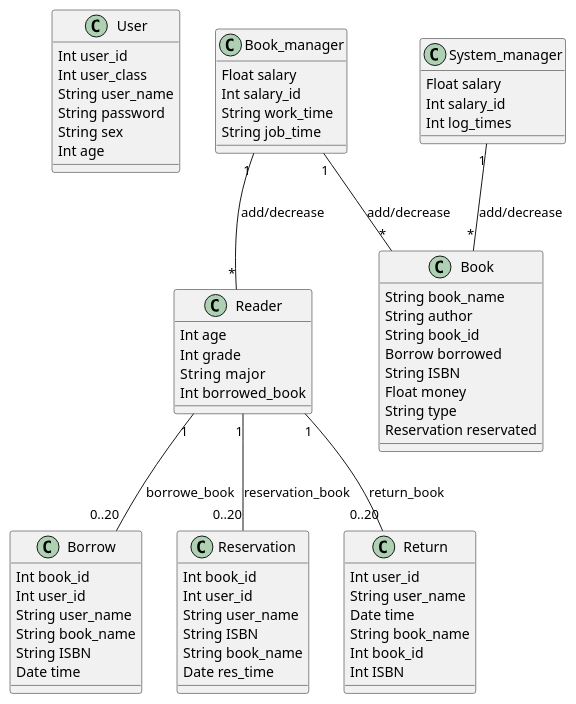
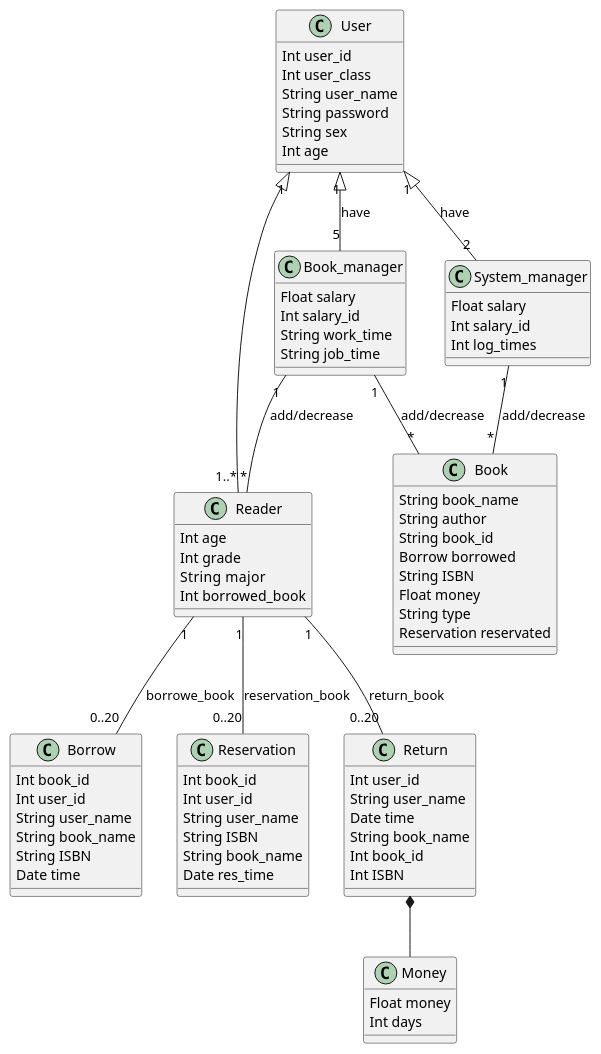
One commit to Eternity-hj/is_analysis changed the first of 10 diagrams in test3/README.md. Above: the diagram before and after it, drawn with PlantUML. The commit also changed other lines of this file and 3 other files, not shown here.

Commit message:
实验3：图书管理系统领域对象建模

```diff
--- a/test3/README.md
+++ b/test3/README.md
@@ -7,68 +7,76 @@
 @startuml
 class User {
     Int user_id
     Int user_class
     String user_name
     String password
     String sex
     Int age
 }
 class Reader{
     Int age
     Int grade
     String  major
     Int borrowed_book
 }
 class Book_manager{
     Float salary
     Int salary_id
     String work_time
     String job_time
 }
 class System_manager{
     Float salary
     Int salary_id
     Int log_times
 }
 
 class Book {
     String book_name
     String author
     String book_id
     Borrow borrowed
     String ISBN
     Float money
     String type
     Reservation reservated
 }
 class Borrow{
     Int book_id
     Int user_id
     String user_name
     String book_name
     String ISBN
     Date time
 }
 class Reservation{
     Int book_id
     Int user_id
     String user_name
     String ISBN
     String book_name
     Date res_time
 }
 class Return{
     Int user_id
     String user_name
     Date time
     String book_name
     Int book_id
     Int ISBN
 }
+class Money{
+    Float money
+    Int days
+}
+User "1" <|-- "1..*" Reader
+User "1" <|-- "5" Book_manager:have
+User "1" <|-- "2" System_manager:have
 Reader "1" -- "0..20" Borrow:borrowe_book
 Reader "1" -- "0..20" Reservation:reservation_book
 Reader "1" -- "0..20" Return:return_book
 Book_manager"1" -- "*" Book:add/decrease
 System_manager "1" -- "*" Book:add/decrease
 Book_manager "1" -- "*" Reader:add/decrease
+Return *-- Money
 @enduml
```
